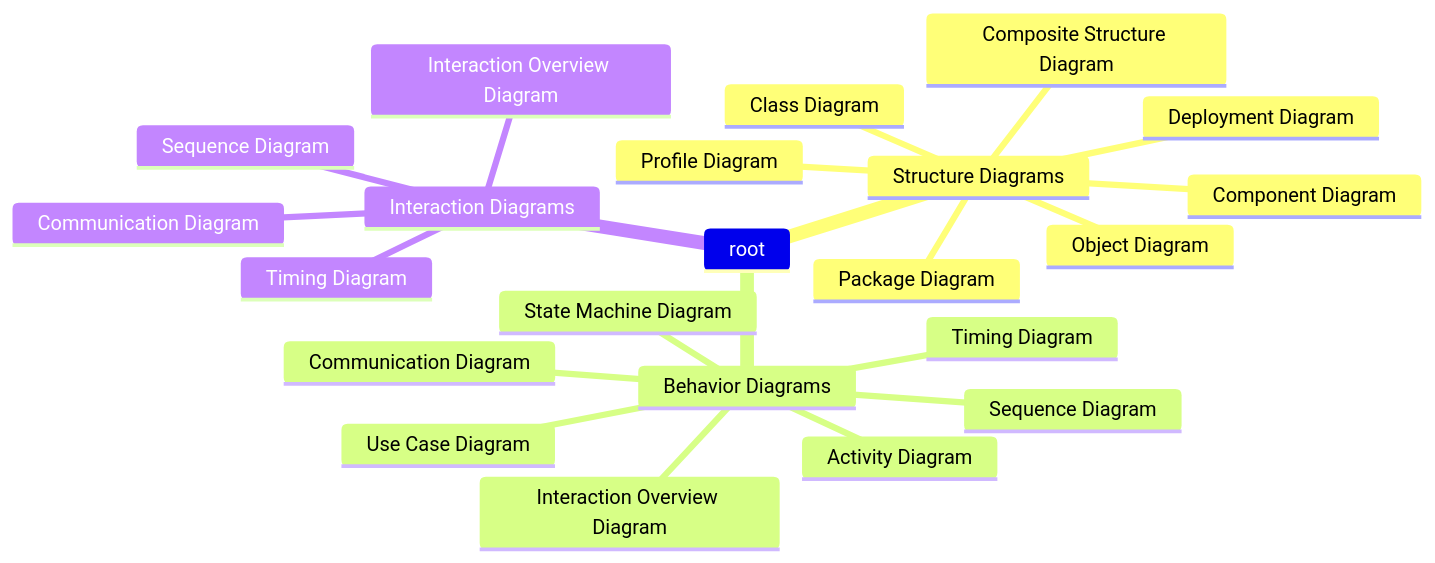
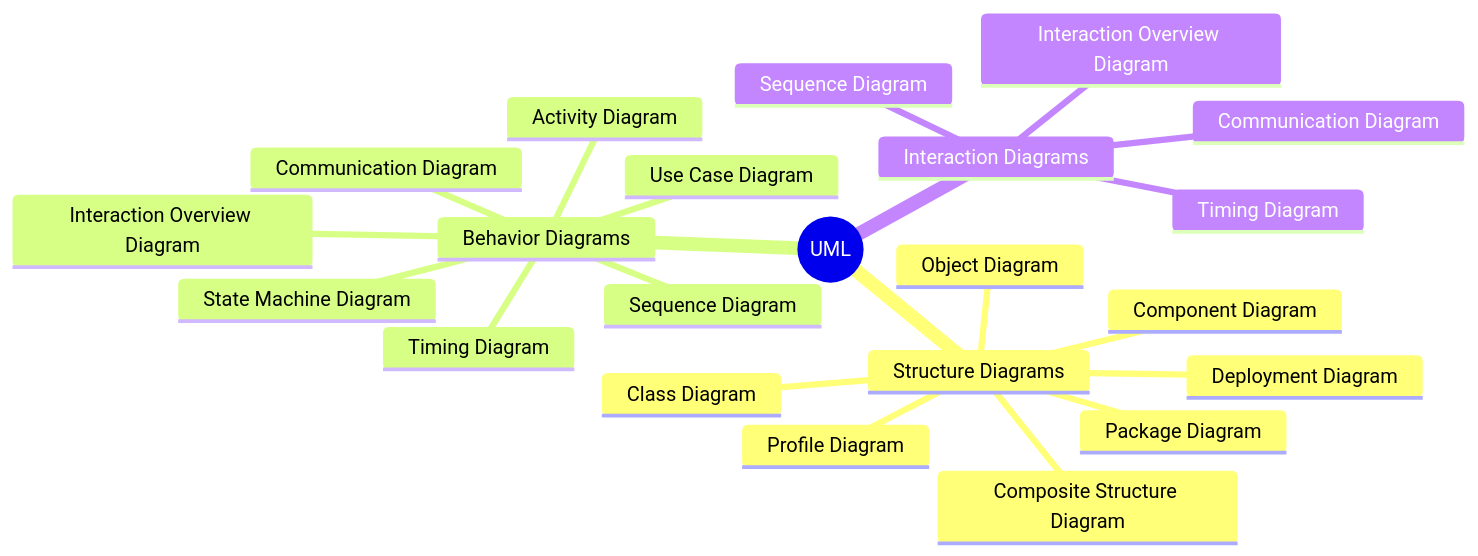
The diagram in architecture/architecture_uml.md (thinkaboutcode/knowledge-base), drawn with Mermaid before and after one commit. The commit also changed 1 other file, not shown here.

Commit message:
modified mindmaps

````diff
--- a/architecture/architecture_uml.md
+++ b/architecture/architecture_uml.md
@@ -7,25 +7,25 @@
 ```mermaid
 mindmap
-  root
+  root((UML))
     Structure Diagrams
       Class Diagram
       Object Diagram
       Component Diagram
       Composite Structure Diagram
       Deployment Diagram
       Package Diagram
       Profile Diagram
     Behavior Diagrams
       Use Case Diagram
       Activity Diagram
       State Machine Diagram
       Sequence Diagram
       Communication Diagram
       Interaction Overview Diagram
       Timing Diagram
     Interaction Diagrams
       Sequence Diagram
       Communication Diagram
       Timing Diagram
       Interaction Overview Diagram
 ```
````
